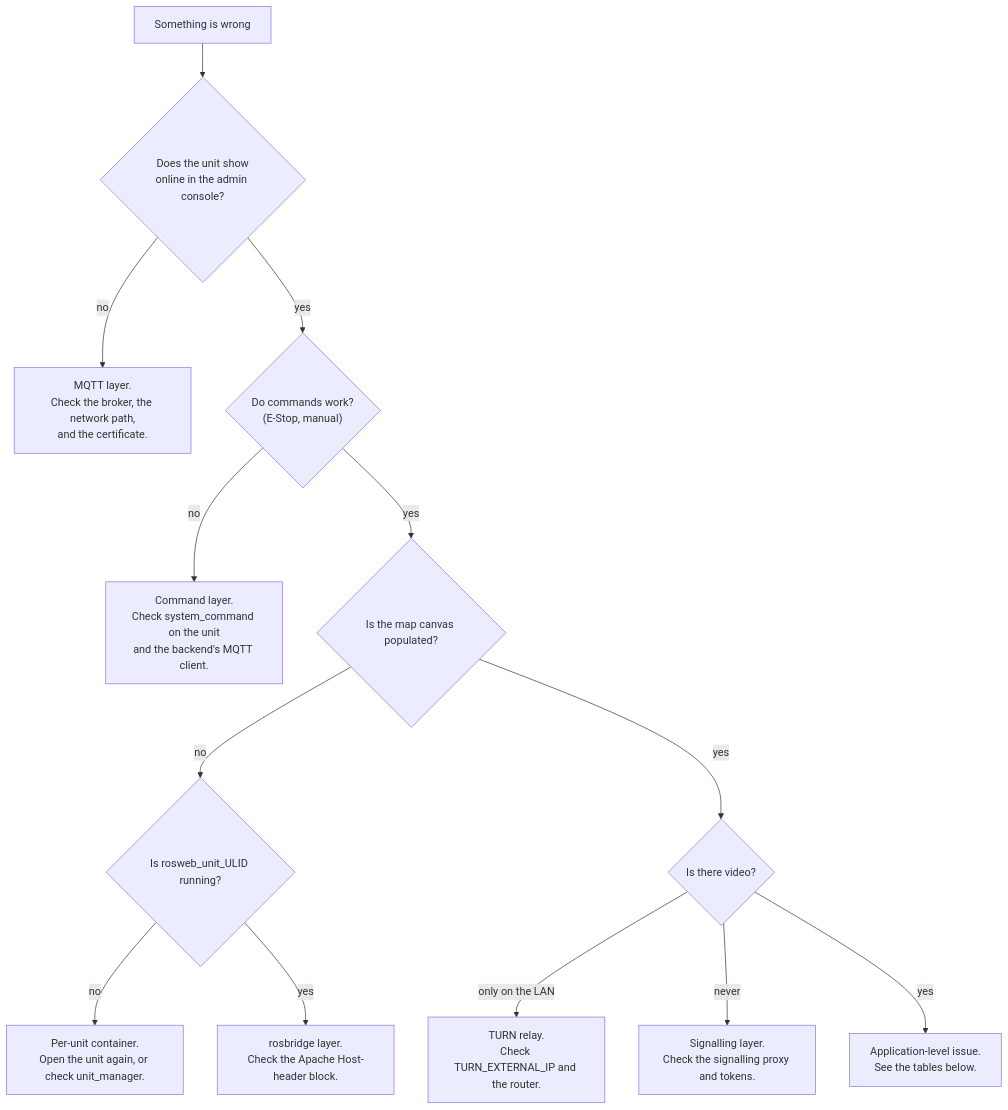
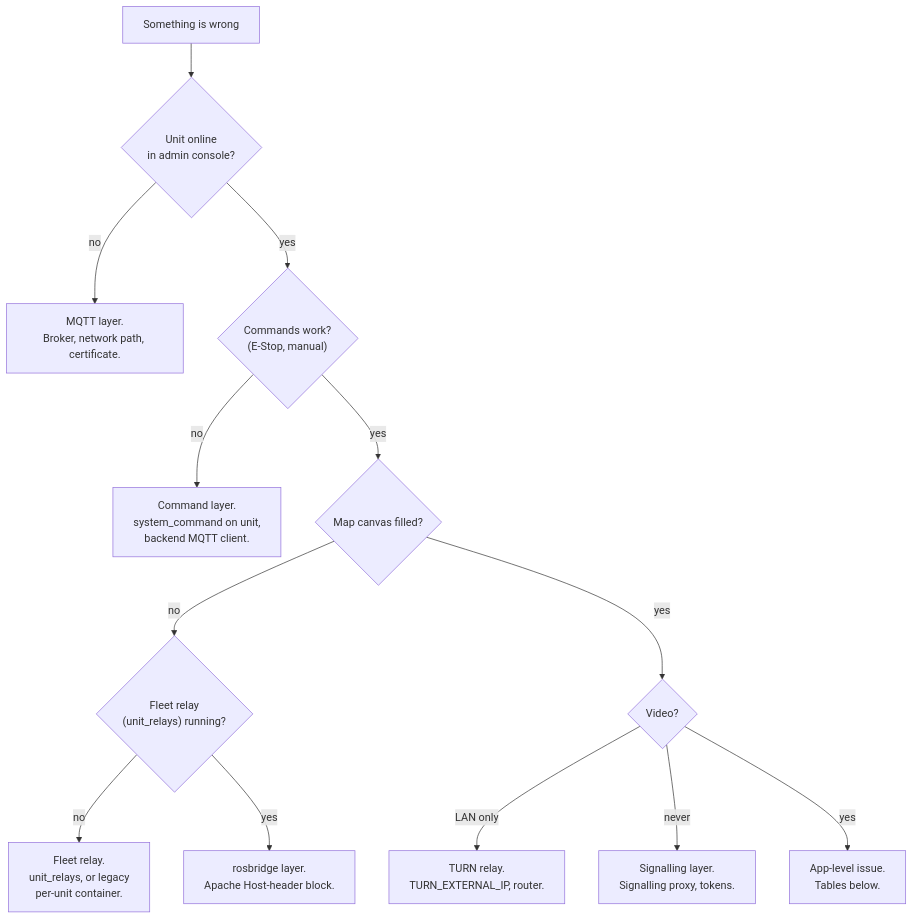
The diagram in docs/setup/troubleshooting.md (itbdelaboprogramming/msd700_documentation), drawn with Mermaid before and after one commit. The commit also changed other lines of this file and 110 other files, not shown here.

````diff
--- a/docs/setup/troubleshooting.md
+++ b/docs/setup/troubleshooting.md
@@ -9,15 +9,15 @@
 ```mermaid
 flowchart TB
-  A["Something is wrong"] --> B{"Does the unit show<br/>online in the admin console?"}
-  B -->|no| C["MQTT layer.<br/>Check the broker, the network path,<br/>and the certificate."]
-  B -->|yes| D{"Do commands work?<br/>(E-Stop, manual)"}
-  D -->|no| E["Command layer.<br/>Check system_command on the unit<br/>and the backend's MQTT client."]
-  D -->|yes| F{"Is the map canvas populated?"}
-  F -->|no| G{"Is rosweb_unit_ULID running?"}
-  G -->|no| H["Per-unit container.<br/>Open the unit again, or check unit_manager."]
-  G -->|yes| I["rosbridge layer.<br/>Check the Apache Host-header block."]
-  F -->|yes| J{"Is there video?"}
-  J -->|"only on the LAN"| K["TURN relay.<br/>Check TURN_EXTERNAL_IP and the router."]
-  J -->|"never"| L["Signalling layer.<br/>Check the signalling proxy and tokens."]
-  J -->|yes| M["Application-level issue.<br/>See the tables below."]
+  A["Something is wrong"] --> B{"Unit online<br/>in admin console?"}
+  B -->|no| C["MQTT layer.<br/>Broker, network path, certificate."]
+  B -->|yes| D{"Commands work?<br/>(E-Stop, manual)"}
+  D -->|no| E["Command layer.<br/>system_command on unit,<br/>backend MQTT client."]
+  D -->|yes| F{"Map canvas filled?"}
+  F -->|no| G{"Fleet relay<br/>(unit_relays) running?"}
+  G -->|no| H["Fleet relay.<br/>unit_relays, or legacy<br/>per-unit container."]
+  G -->|yes| I["rosbridge layer.<br/>Apache Host-header block."]
+  F -->|yes| J{"Video?"}
+  J -->|"LAN only"| K["TURN relay.<br/>TURN_EXTERNAL_IP, router."]
+  J -->|"never"| L["Signalling layer.<br/>Signalling proxy, tokens."]
+  J -->|yes| M["App-level issue.<br/>Tables below."]
 ```
````
